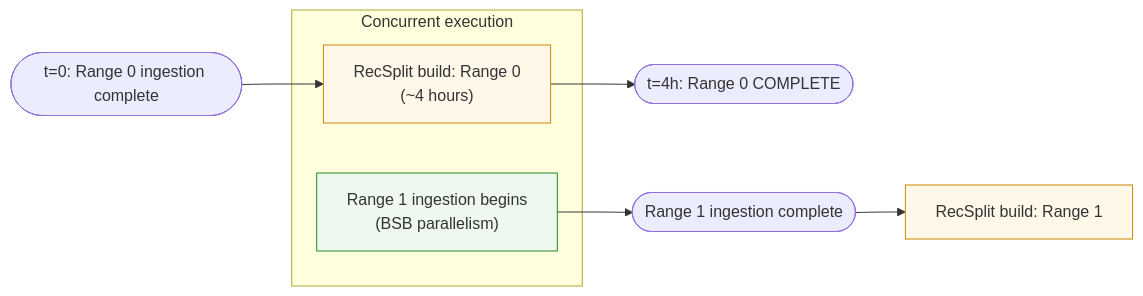
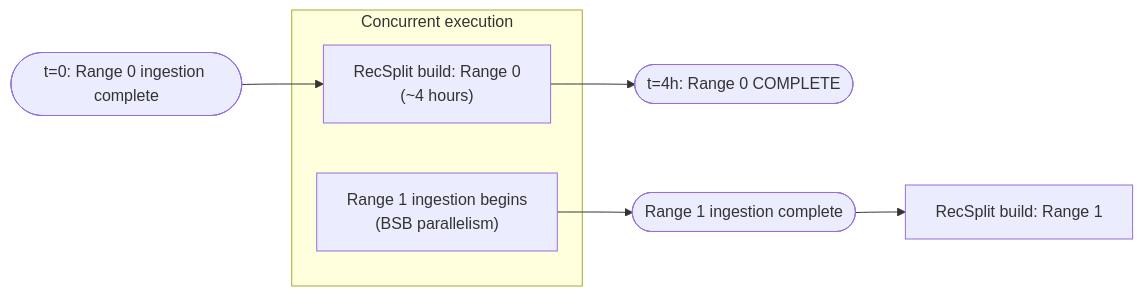
Before and after one commit to karthikiyer56/stellar-full-history-ingestion: the second of 2 diagrams in design-docs-v2/05-backfill-transition-workflow.md, drawn with Mermaid. The commit also changed other lines of this file and 17 other files, not shown here.

````diff
--- a/design-docs-v2/05-backfill-transition-workflow.md
+++ b/design-docs-v2/05-backfill-transition-workflow.md
@@ -104,14 +103,11 @@
 ```mermaid
 flowchart LR
-    classDef ingest fill:#eef8ee,stroke:#228b22
-    classDef build fill:#fff8e8,stroke:#cc8800
-
     T0(["t=0: Range 0 ingestion complete"]) --> A
     subgraph parallel["Concurrent execution"]
-        A["RecSplit build: Range 0<br/>(~4 hours)"]:::build
-        B["Range 1 ingestion begins<br/>(BSB parallelism)"]:::ingest
+        A["RecSplit build: Range 0<br/>(~4 hours)"]
+        B["Range 1 ingestion begins<br/>(BSB parallelism)"]
     end
     A --> C(["t=4h: Range 0 COMPLETE"])
     B --> D(["Range 1 ingestion complete"])
-    D --> E["RecSplit build: Range 1"]:::build
+    D --> E["RecSplit build: Range 1"]
 ```
````
